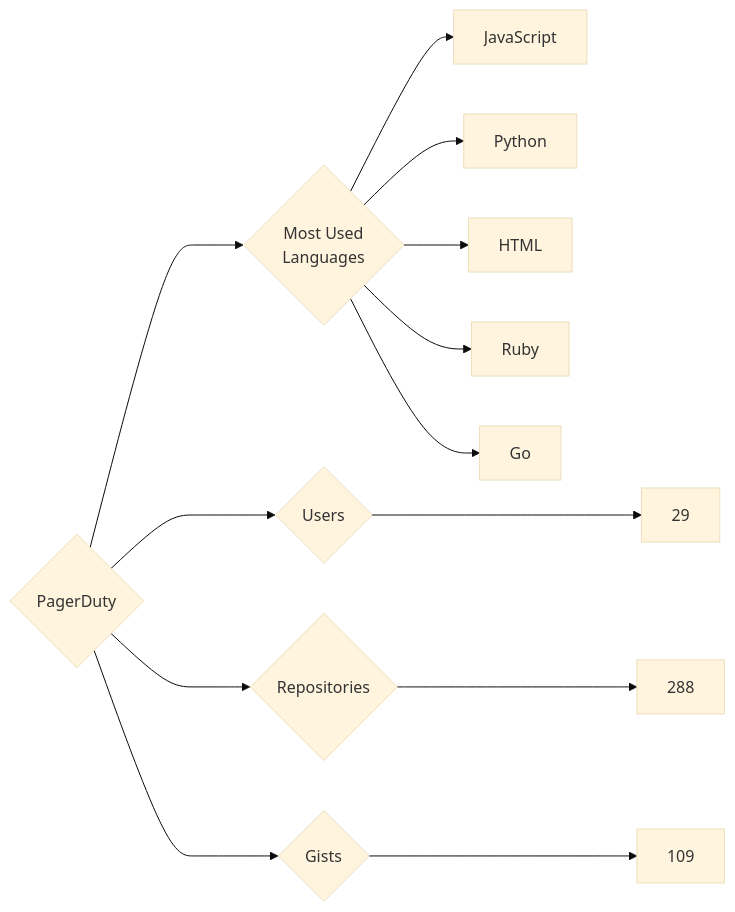
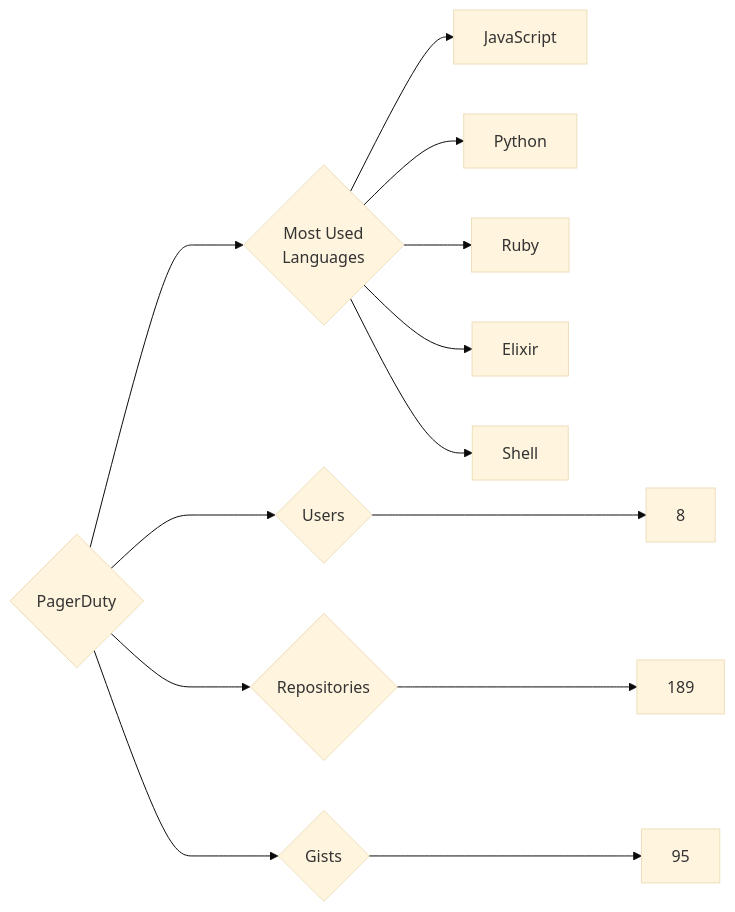
The diagram in targets/PagerDuty/README.md (trickest/insiders), drawn with Mermaid (base theme) before and after one commit. The commit also changed 953 other files, not shown here.

````diff
--- a/targets/PagerDuty/README.md
+++ b/targets/PagerDuty/README.md
@@ -3,13 +3,13 @@
 ```mermaid
 graph LR
 COMPANY_NAME{PagerDuty}
-COMPANY_NAME ---> U{Users} ---> UN[29]
-COMPANY_NAME ---> R{Repositories} ---> RN[288]
-COMPANY_NAME ---> G{Gists} ---> GN[109]
+COMPANY_NAME ---> U{Users} ---> UN[8]
+COMPANY_NAME ---> R{Repositories} ---> RN[189]
+COMPANY_NAME ---> G{Gists} ---> GN[95]
 COMPANY_NAME ---> ML{Most Used<br>Languages}
 ML --> JavaScript[JavaScript]
 ML --> Python[Python]
-ML --> HTML[HTML]
 ML --> Ruby[Ruby]
-ML --> Go[Go]
+ML --> Elixir[Elixir]
+ML --> Shell[Shell]
 ```
````
